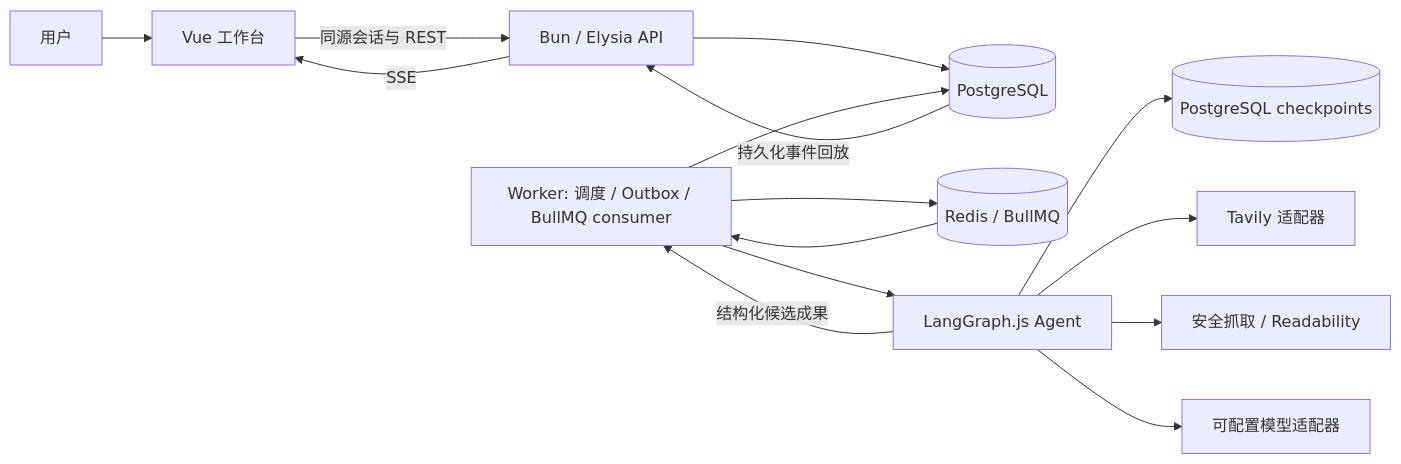
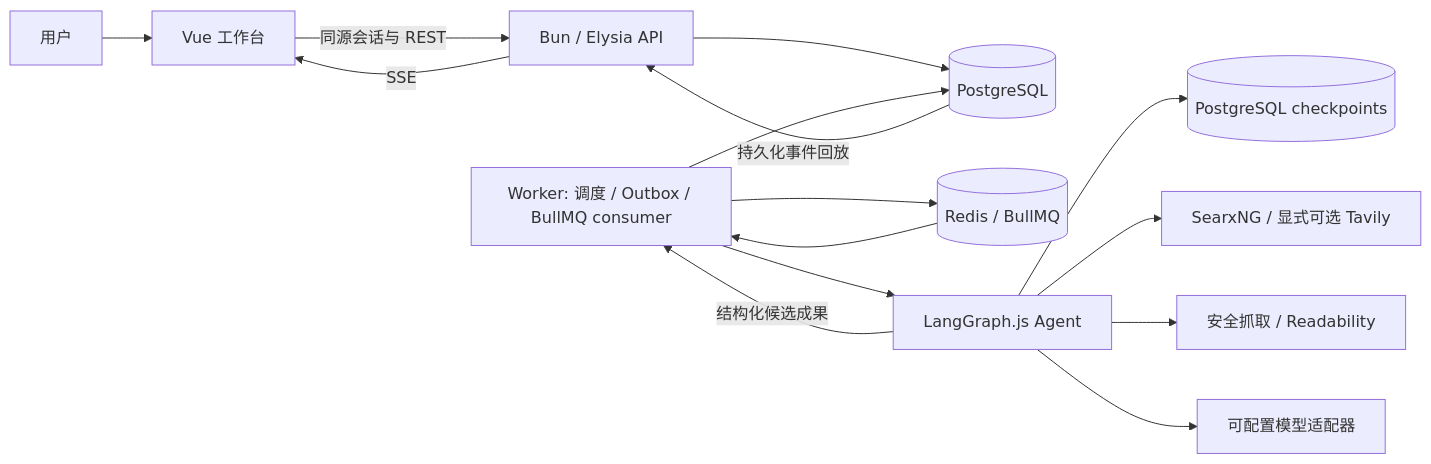
The first of 3 diagrams in docs/public/reference/architecture.md (abcde1239/scova), drawn with Mermaid before and after one commit. The commit also changed other lines of this file and 26 other files, not shown here.

Commit message:
feat(connectors): add local SearxNG search and safe reading (#13)

````diff
--- a/docs/public/reference/architecture.md
+++ b/docs/public/reference/architecture.md
@@ -11,17 +11,17 @@
 ```mermaid
 flowchart LR
   User[用户] --> Web[Vue 工作台]
   Web -->|同源会话与 REST| API[Bun / Elysia API]
   API --> PG[(PostgreSQL)]
   PG -->|持久化事件回放| API
   API -->|SSE| Web
   Worker[Worker: 调度 / Outbox / BullMQ consumer] --> PG
   Worker --> Queue[(Redis / BullMQ)]
   Queue --> Worker
   Worker --> Graph[LangGraph.js Agent]
   Graph --> CP[(PostgreSQL checkpoints)]
-  Graph --> Search[Tavily 适配器]
+  Graph --> Search[SearxNG / 显式可选 Tavily]
   Graph --> Reader[安全抓取 / Readability]
   Graph --> Model[可配置模型适配器]
   Graph -->|结构化候选成果| Worker
 ```
````
